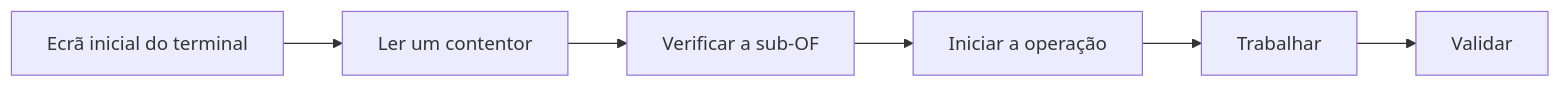
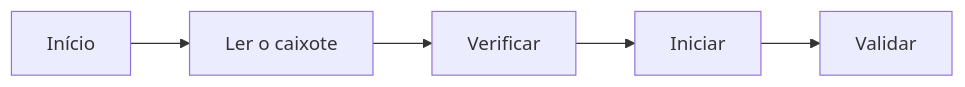
One commit to visuelconcept/shoes-pilot-docs changed the diagram in user-docs/parcours/operateur-pointage.pt.md. Above: the diagram before and after it, drawn with Mermaid. The commit also changed other lines of this file and 9 other files, not shown here.

````diff
--- a/user-docs/parcours/operateur-pointage.pt.md
+++ b/user-docs/parcours/operateur-pointage.pt.md
@@ -12,8 +8,5 @@
 ```mermaid
 graph LR
-  A[Ecrã inicial do terminal] --> B[Ler um contentor]
-  B --> C[Verificar a sub-OF]
-  C --> D[Iniciar a operação]
-  D --> E[Trabalhar]
-  E --> F[Validar]
+  A[Início] --> B[Ler o caixote]
+  B --> C[Verificar] --> D[Iniciar] --> E[Validar]
 ```
````
